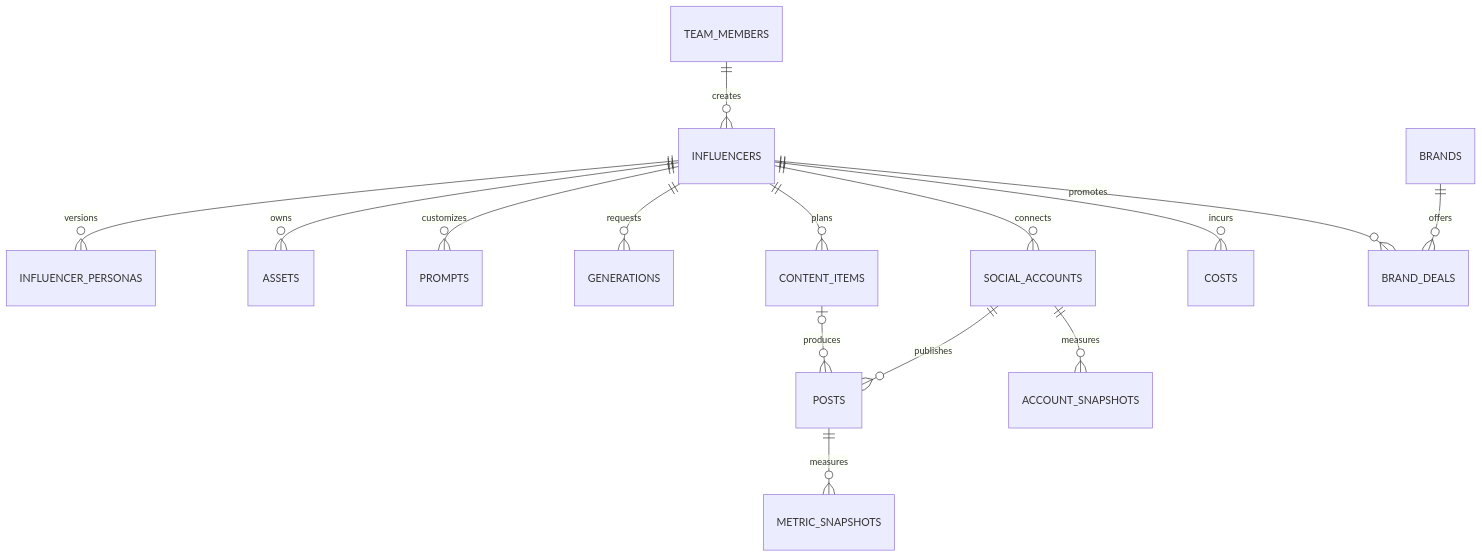
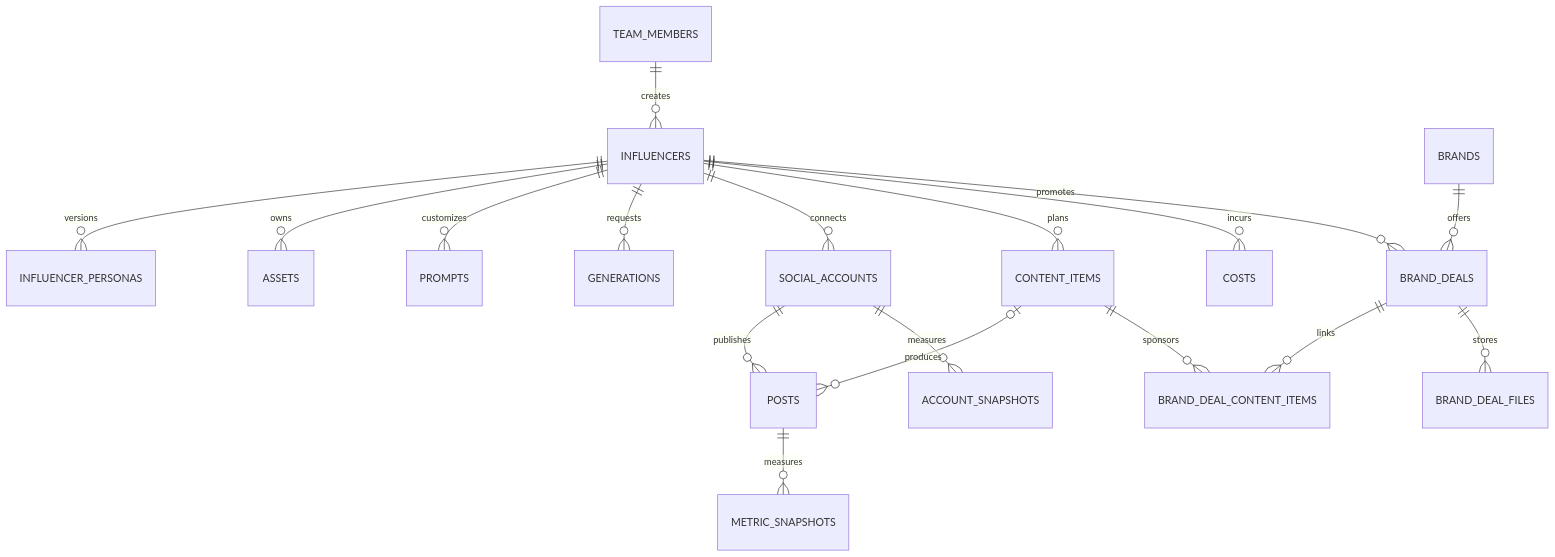
The diagram in docs/data-model.md (EBALCW/ai-influencer), drawn with Mermaid before and after one commit. The commit also changed other lines of this file and 43 other files, not shown here.

````diff
--- a/docs/data-model.md
+++ b/docs/data-model.md
@@ -7,17 +7,20 @@
 ```mermaid
 erDiagram
   TEAM_MEMBERS ||--o{ INFLUENCERS : creates
   INFLUENCERS ||--o{ INFLUENCER_PERSONAS : versions
   INFLUENCERS ||--o{ ASSETS : owns
   INFLUENCERS ||--o{ PROMPTS : customizes
   INFLUENCERS ||--o{ GENERATIONS : requests
   INFLUENCERS ||--o{ SOCIAL_ACCOUNTS : connects
   INFLUENCERS ||--o{ CONTENT_ITEMS : plans
   SOCIAL_ACCOUNTS ||--o{ POSTS : publishes
   CONTENT_ITEMS o|--o{ POSTS : produces
   POSTS ||--o{ METRIC_SNAPSHOTS : measures
   SOCIAL_ACCOUNTS ||--o{ ACCOUNT_SNAPSHOTS : measures
   INFLUENCERS ||--o{ COSTS : incurs
   BRANDS ||--o{ BRAND_DEALS : offers
   INFLUENCERS ||--o{ BRAND_DEALS : promotes
+  BRAND_DEALS ||--o{ BRAND_DEAL_CONTENT_ITEMS : links
+  CONTENT_ITEMS ||--o{ BRAND_DEAL_CONTENT_ITEMS : sponsors
+  BRAND_DEALS ||--o{ BRAND_DEAL_FILES : stores
 ```
````
